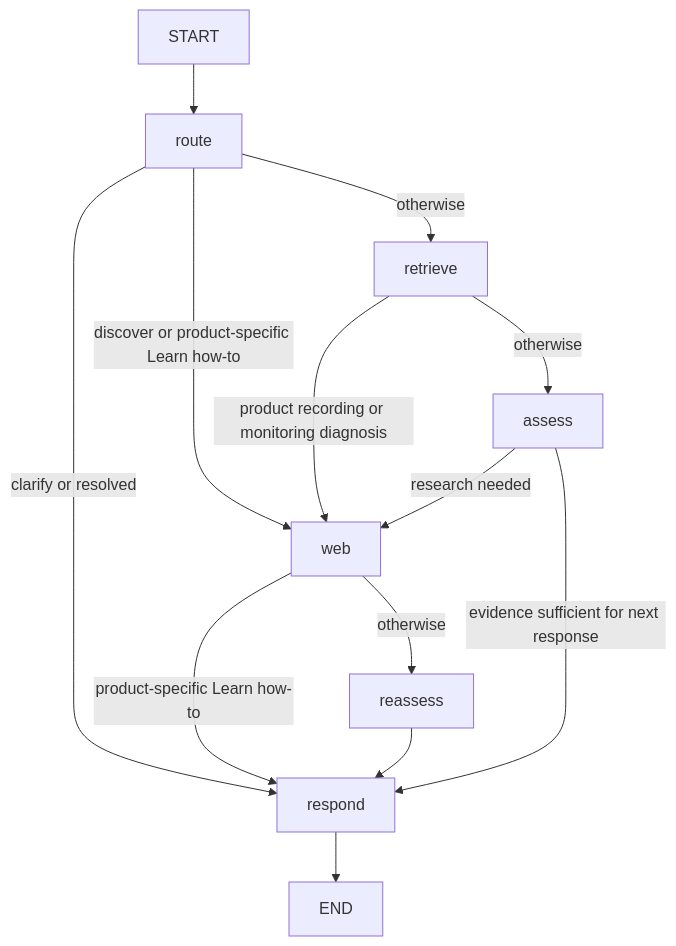
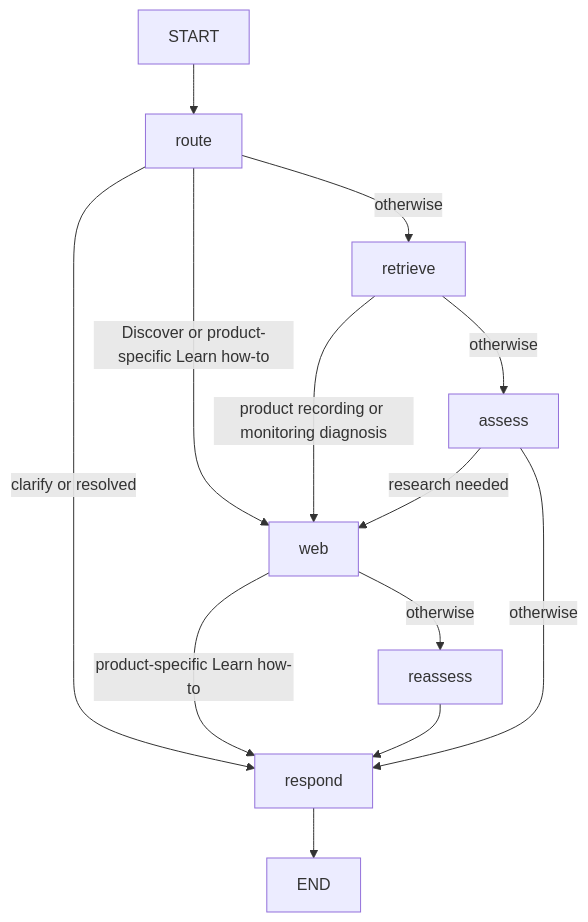
One commit to srishti-piplani/creator-studio-copilot changed the diagram in docs/architecture/agent_workflows.md. Above: the diagram before and after it, drawn with Mermaid. The commit also changed other lines of this file and 41 other files, not shown here.

````diff
--- a/docs/architecture/agent_workflows.md
+++ b/docs/architecture/agent_workflows.md
@@ -7,15 +7,15 @@
 ```mermaid
 flowchart TD
     START --> route
     route -->|clarify or resolved| respond
-    route -->|discover or product-specific Learn how-to| web
+    route -->|Discover or product-specific Learn how-to| web
     route -->|otherwise| retrieve
     retrieve -->|product recording or monitoring diagnosis| web
     retrieve -->|otherwise| assess
     assess -->|research needed| web
-    assess -->|evidence sufficient for next response| respond
+    assess -->|otherwise| respond
     web -->|product-specific Learn how-to| respond
     web -->|otherwise| reassess
     reassess --> respond
     respond --> END
 ```
````
